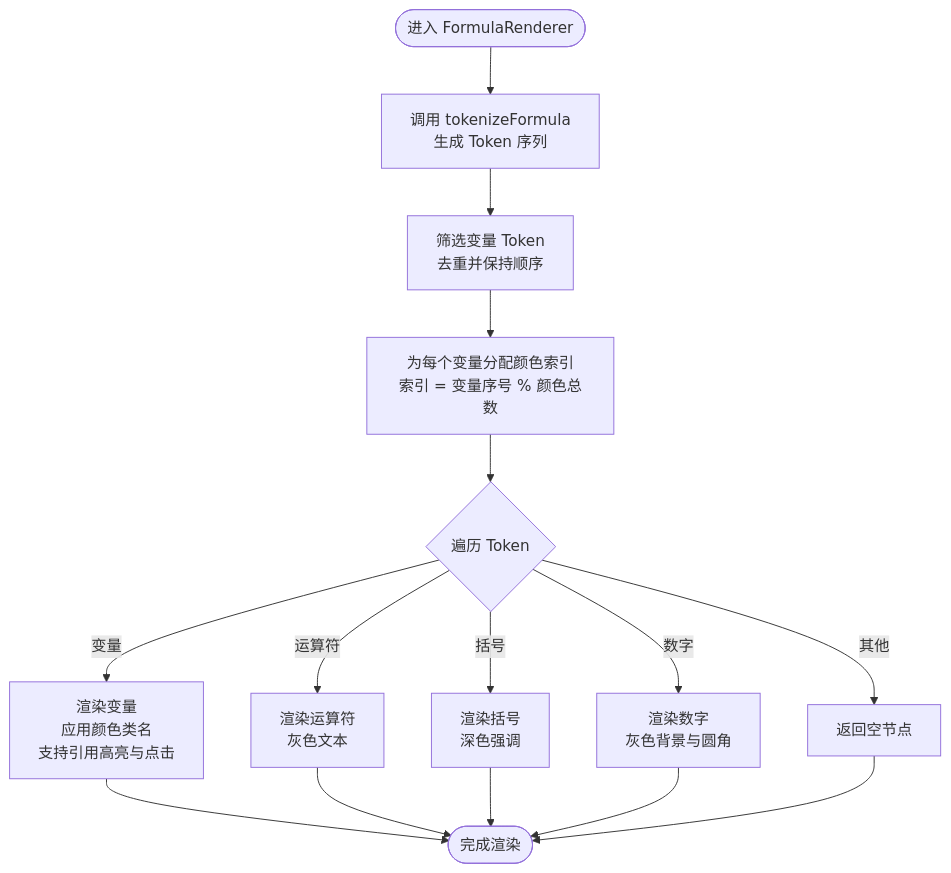
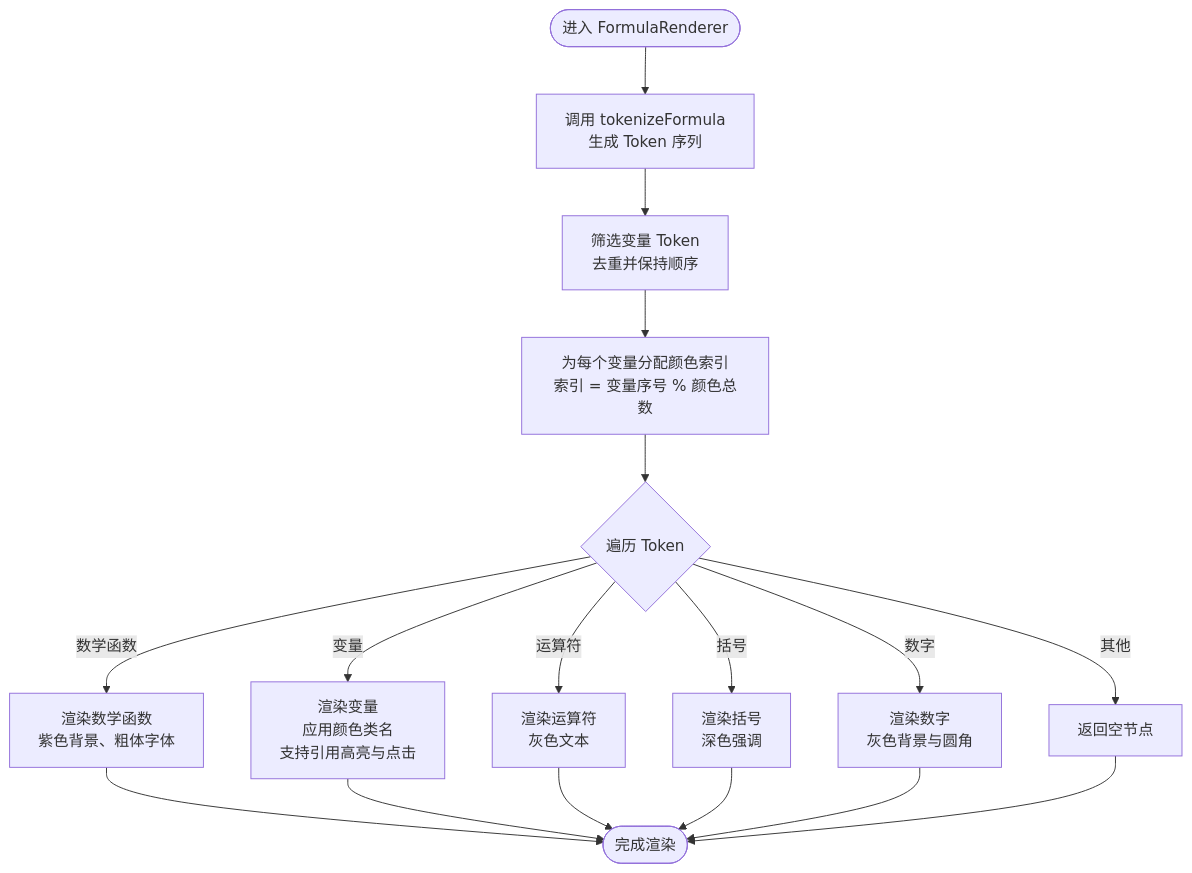
Before and after one commit to steveyu2/formula-mapper: the third of 7 diagrams in .qoder/repowiki/zh/content/用户指南/可视化展示/公式渲染.md, drawn with Mermaid. The commit also changed other lines of this file and 10 other files, not shown here.

````diff
--- a/.qoder/repowiki/zh/content/用户指南/可视化展示/公式渲染.md
+++ b/.qoder/repowiki/zh/content/用户指南/可视化展示/公式渲染.md
@@ -162,17 +147,19 @@
 ```mermaid
 flowchart TD
 Start(["进入 FormulaRenderer"]) --> Tokenize["调用 tokenizeFormula<br/>生成 Token 序列"]
 Tokenize --> ExtractVars["筛选变量 Token<br/>去重并保持顺序"]
 ExtractVars --> ColorAssign["为每个变量分配颜色索引<br/>索引 = 变量序号 % 颜色总数"]
 ColorAssign --> RenderLoop{"遍历 Token"}
+RenderLoop --> |数学函数| FuncSpan["渲染数学函数<br/>紫色背景、粗体字体"]
 RenderLoop --> |变量| VarSpan["渲染变量<br/>应用颜色类名<br/>支持引用高亮与点击"]
 RenderLoop --> |运算符| OpSpan["渲染运算符<br/>灰色文本"]
 RenderLoop --> |括号| ParenSpan["渲染括号<br/>深色强调"]
 RenderLoop --> |数字| NumSpan["渲染数字<br/>灰色背景与圆角"]
 RenderLoop --> |其他| NullRet["返回空节点"]
-VarSpan --> End(["完成渲染"])
+FuncSpan --> End(["完成渲染"])
+VarSpan --> End
 OpSpan --> End
 ParenSpan --> End
 NumSpan --> End
 NullRet --> End
 ```
````
